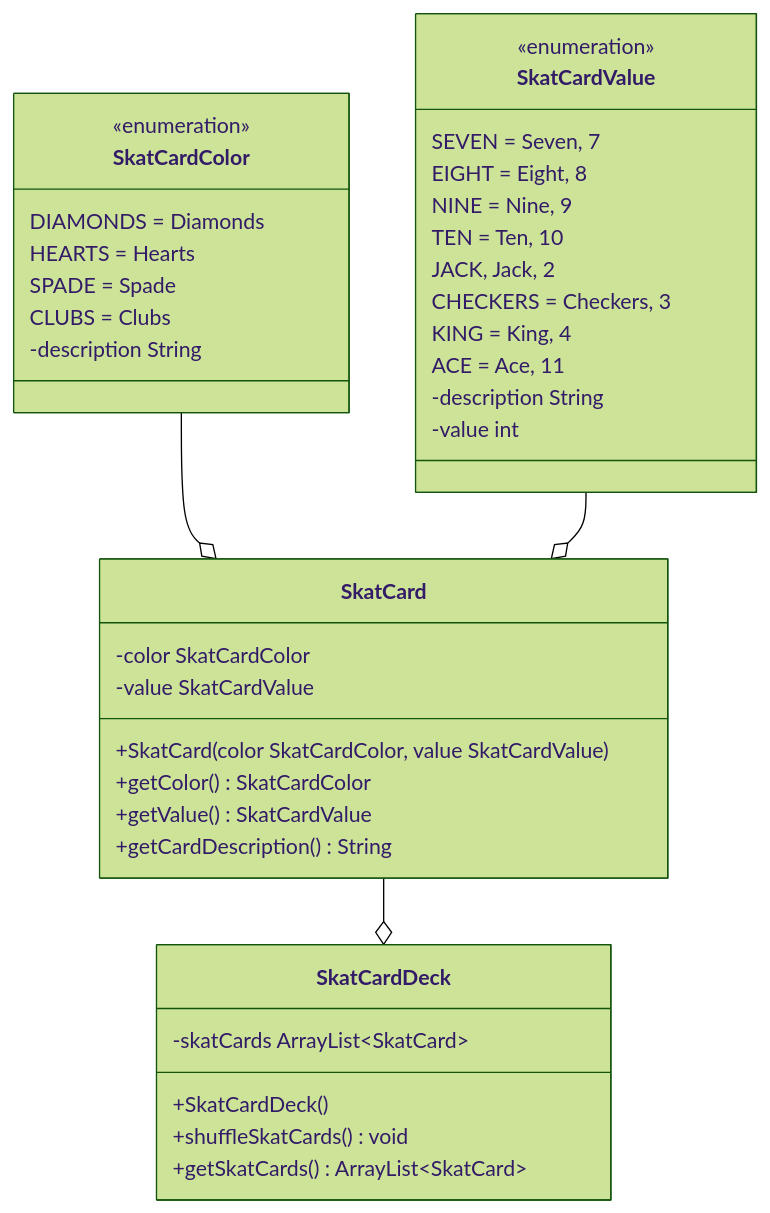
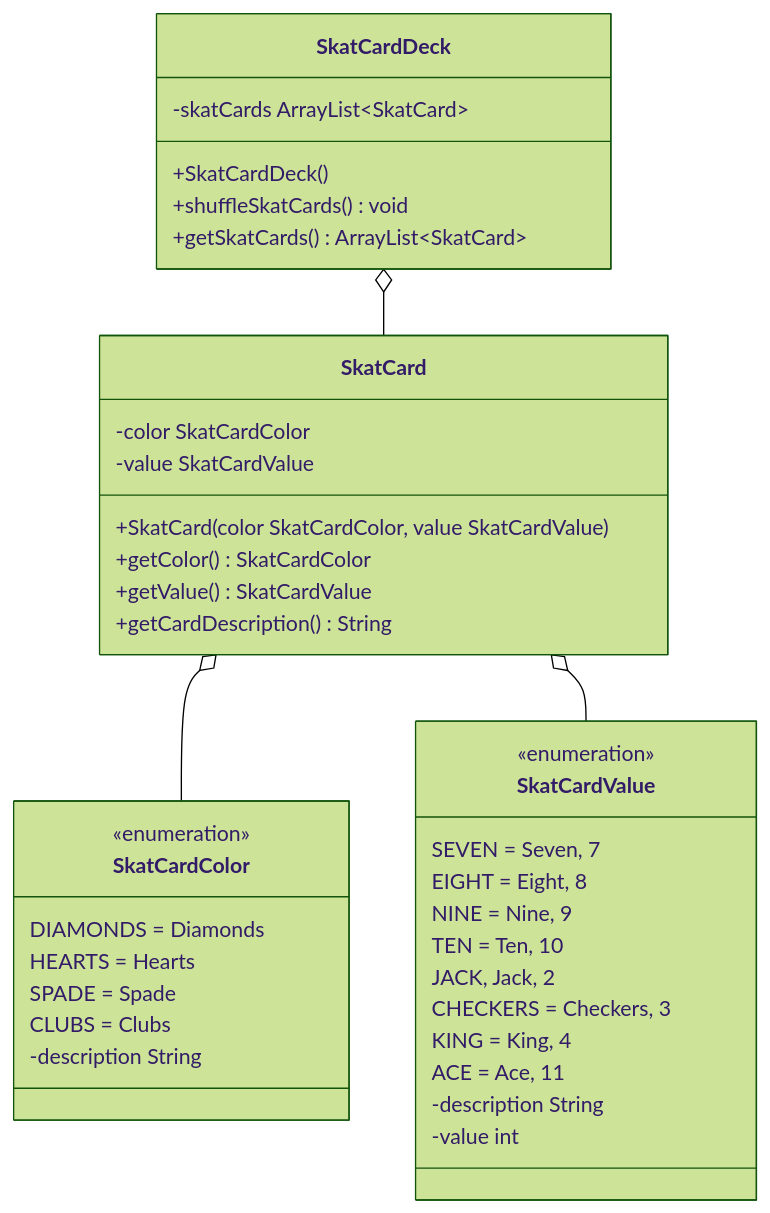
Before and after one commit to jappuccini/java-docs: the diagram in docs/exercises/uml/class-diagrams05.md, drawn with Mermaid (forest theme).

````diff
--- a/docs/exercises/uml/class-diagrams05.md
+++ b/docs/exercises/uml/class-diagrams05.md
@@ -14,45 +14,45 @@
 ```mermaid
 classDiagram
-    SkatCardColor --o SkatCard
-    SkatCardValue --o SkatCard
-    SkatCard --o SkatCardDeck
+     SkatCard o-- SkatCardColor
+     SkatCard o-- SkatCardValue
+     SkatCardDeck o-- SkatCard
 
     class SkatCardValue {
         <<enumeration>>
         SEVEN = Seven, 7
         EIGHT = Eight, 8
         NINE = Nine, 9
         TEN = Ten, 10
         JACK, Jack, 2
         CHECKERS = Checkers, 3
         KING = King, 4
         ACE = Ace, 11
         -description String
         -value int
     }
 
     class SkatCardColor {
         <<enumeration>>
         DIAMONDS = Diamonds
         HEARTS = Hearts
         SPADE = Spade
         CLUBS = Clubs
         -description String
     }
 
     class SkatCard {
         -color SkatCardColor
         -value SkatCardValue
         +SkatCard(color SkatCardColor, value SkatCardValue)
         +getColor() SkatCardColor
         +getValue() SkatCardValue
         +getCardDescription() String
     }
 
     class SkatCardDeck {
         -skatCards ArrayList~SkatCard~
         +SkatCardDeck()
         +shuffleSkatCards() void
         +getSkatCards() ArrayList~SkatCard~
     }
 ```
````
